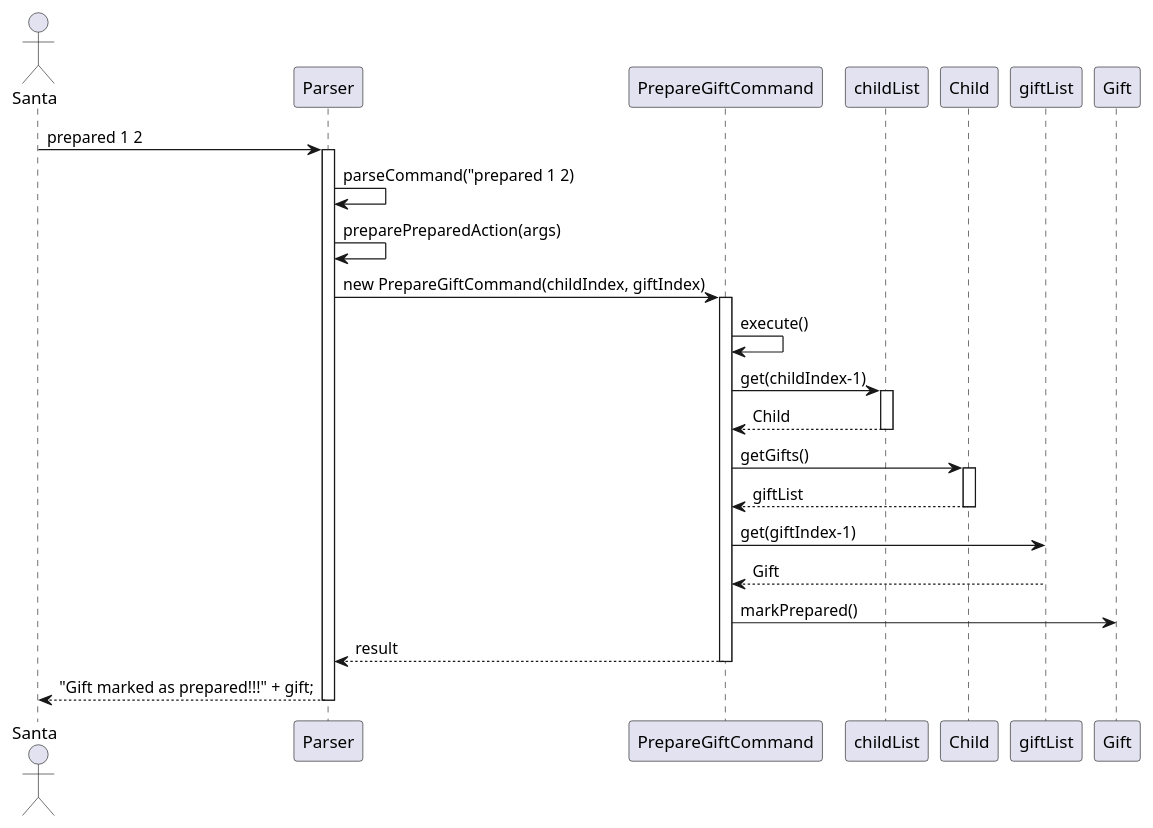
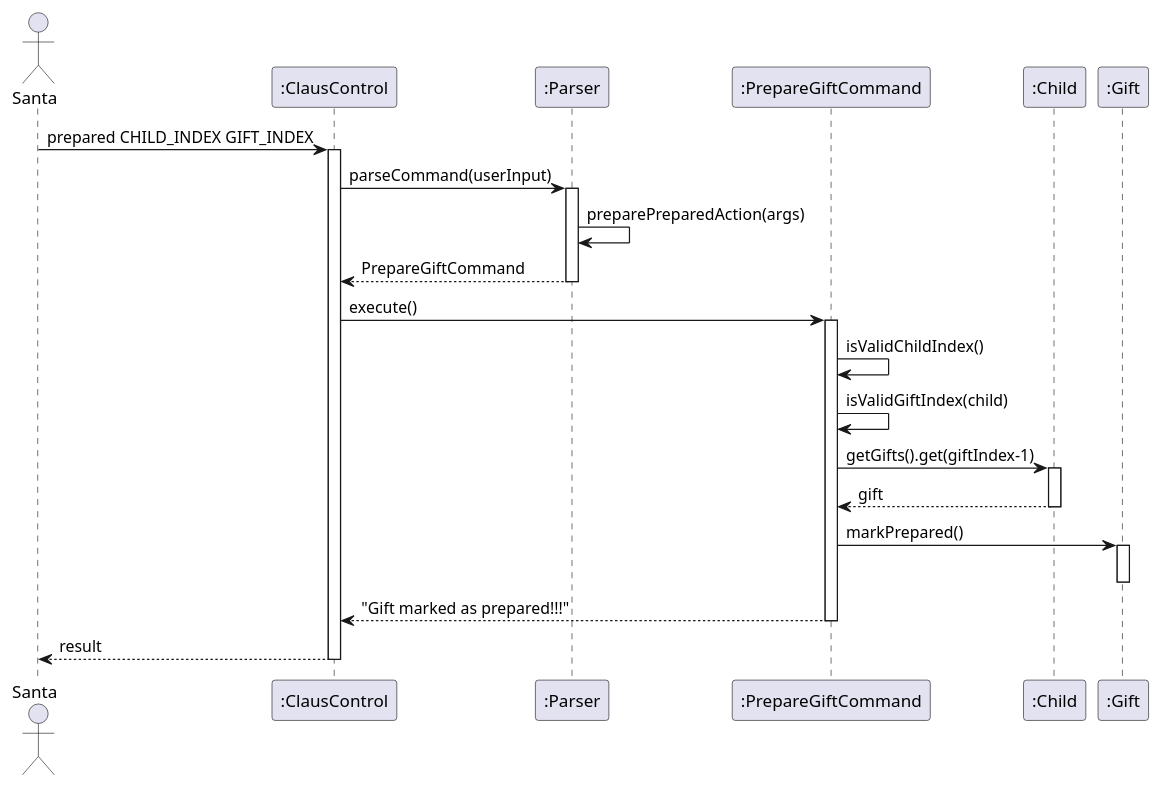
One commit to shrabasti-c/tp changed the diagram in docs/diagrams/PrepareGiftSequencDiagram.puml. Above: the diagram before and after it, drawn with PlantUML. The commit also changed 20 other files, not shown here.

Commit message:
Fix UML diagrams and fix bug in degift command

```diff
--- a/docs/diagrams/PrepareGiftSequencDiagram.puml
+++ b/docs/diagrams/PrepareGiftSequencDiagram.puml
@@ -1,43 +1,38 @@
 @startuml
+actor Santa
+participant ":ClausControl" as CC
+participant ":Parser" as Parser
+participant ":PrepareGiftCommand" as PGC
+participant ":Child" as Child
+participant ":Gift" as Gift
 
-actor Santa
-participant Parser
-participant PrepareGiftCommand
-participant childList
-participant Child
-participant giftList
-participant Gift
+Santa -> CC : prepared CHILD_INDEX GIFT_INDEX
+activate CC
 
-Santa -> Parser : prepared 1 2
+CC -> Parser : parseCommand(userInput)
 activate Parser
+Parser -> Parser : preparePreparedAction(args)
+Parser --> CC : PrepareGiftCommand
+deactivate Parser
 
-Parser -> Parser : parseCommand("prepared 1 2)
-Parser -> Parser : preparePreparedAction(args)
-Parser -> PrepareGiftCommand : new PrepareGiftCommand(childIndex, giftIndex)
+CC -> PGC : execute()
+activate PGC
 
-activate PrepareGiftCommand
-
-PrepareGiftCommand -> PrepareGiftCommand : execute()
-
-PrepareGiftCommand -> childList : get(childIndex-1)
-activate childList
-childList --> PrepareGiftCommand : Child
-deactivate childList
-
-PrepareGiftCommand -> Child : getGifts()
+PGC -> PGC : isValidChildIndex()
+PGC -> PGC : isValidGiftIndex(child)
+PGC -> Child : getGifts().get(giftIndex-1)
 activate Child
-Child --> PrepareGiftCommand : giftList
+Child --> PGC : gift
 deactivate Child
 
-PrepareGiftCommand -> giftList : get(giftIndex-1)
-giftList --> PrepareGiftCommand : Gift
+PGC -> Gift : markPrepared()
+activate Gift
+deactivate Gift
 
-PrepareGiftCommand -> Gift : markPrepared()
+PGC --> CC : "Gift marked as prepared!!!"
+deactivate PGC
 
-PrepareGiftCommand --> Parser : result
-deactivate PrepareGiftCommand
-
-Parser --> Santa : "Gift marked as prepared!!!" + gift;
-deactivate Parser
+CC --> Santa : result
+deactivate CC
 
 @enduml
```
